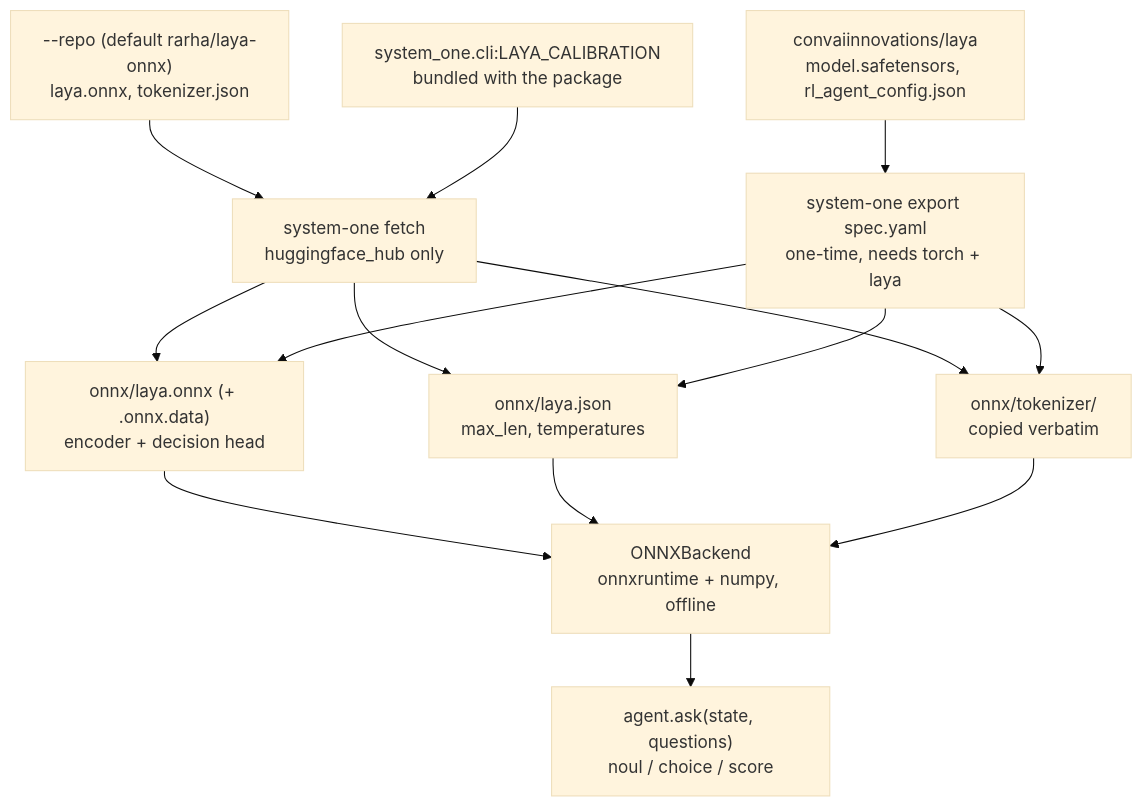
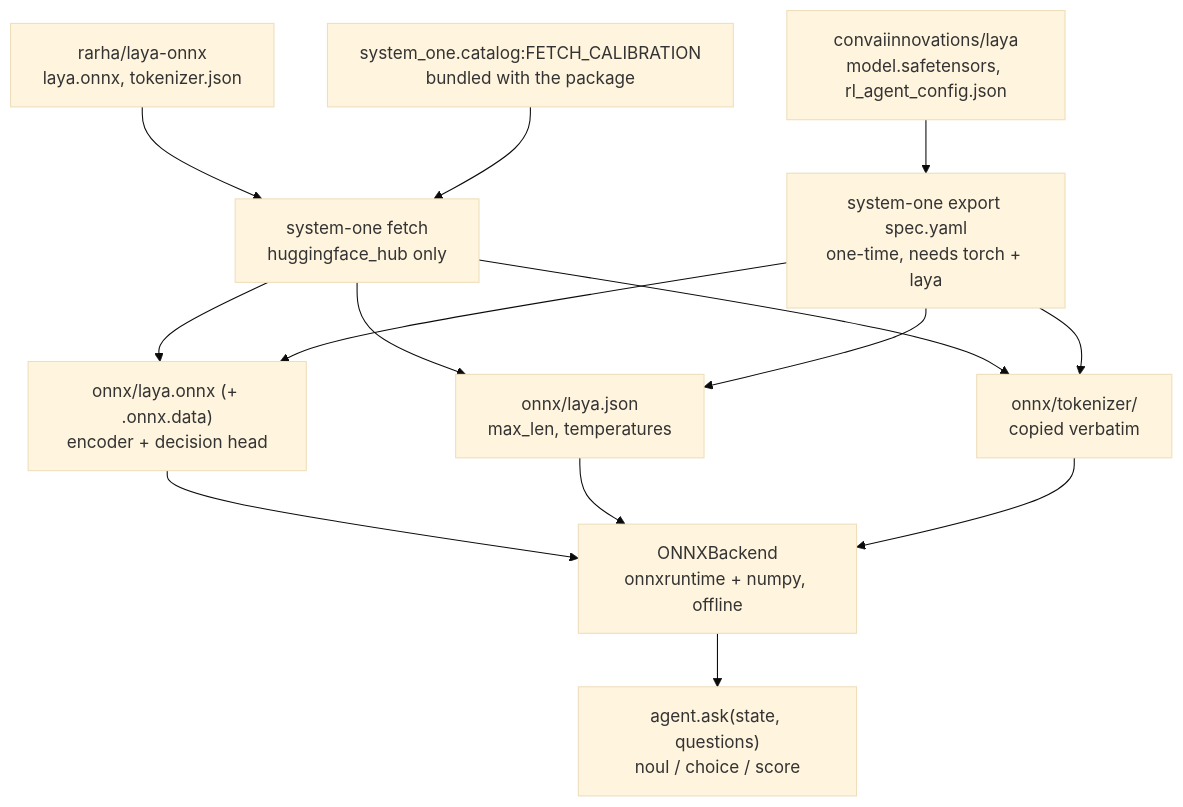
The diagram in docs/usage/local-model.md (asynq-io/system-one), drawn with Mermaid (base theme) before and after one commit. The commit also changed other lines of this file and 24 other files, not shown here.

````diff
--- a/docs/usage/local-model.md
+++ b/docs/usage/local-model.md
@@ -14,26 +14,26 @@
 ```mermaid
 flowchart TB
-    HFO["--repo (default rarha/laya-onnx)<br/>laya.onnx, tokenizer.json"]
+    HFO["rarha/laya-onnx<br/>laya.onnx, tokenizer.json"]
     HFT["convaiinnovations/laya<br/>model.safetensors, rl_agent_config.json"]
     FE["system-one fetch<br/>huggingface_hub only"]
     EX["system-one export spec.yaml<br/>one-time, needs torch + laya"]
     G["onnx/laya.onnx (+ .onnx.data)<br/>encoder + decision head"]
     C["onnx/laya.json<br/>max_len, temperatures"]
     T["onnx/tokenizer/<br/>copied verbatim"]
     RT["ONNXBackend<br/>onnxruntime + numpy, offline"]
     A["agent.ask(state, questions)<br/>noul / choice / score"]
 
     HFO --> FE
-    CAL["system_one.cli:LAYA_CALIBRATION<br/>bundled with the package"] --> FE
+    CAL["system_one.catalog:FETCH_CALIBRATION<br/>bundled with the package"] --> FE
     HFT --> EX
     FE --> G
     FE --> C
     FE --> T
     EX --> G
     EX --> C
     EX --> T
     G --> RT
     C --> RT
     T --> RT
     RT --> A
 ```
````
